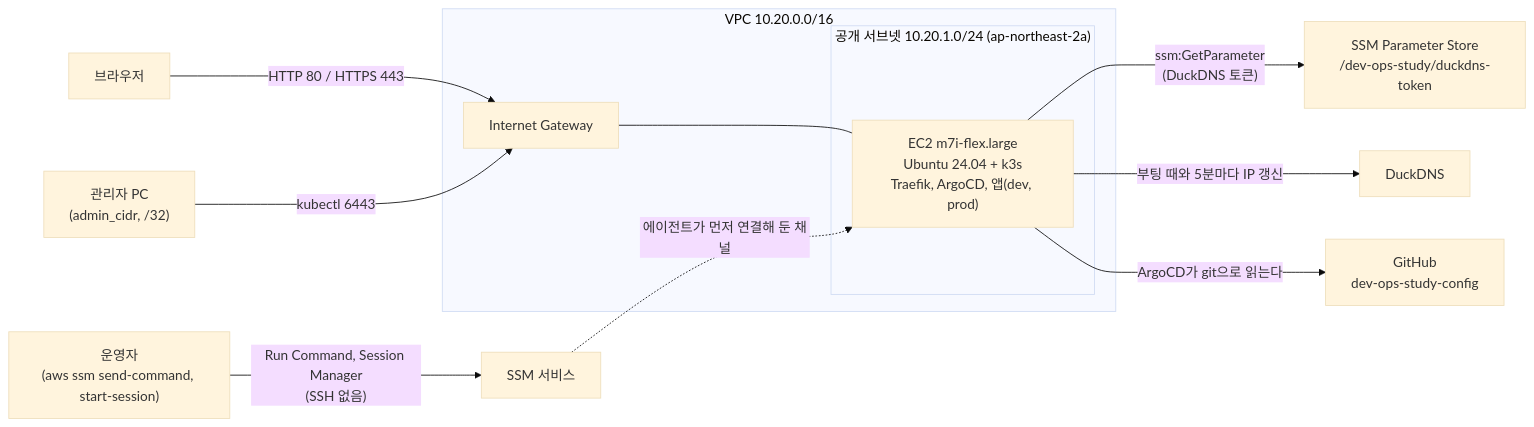
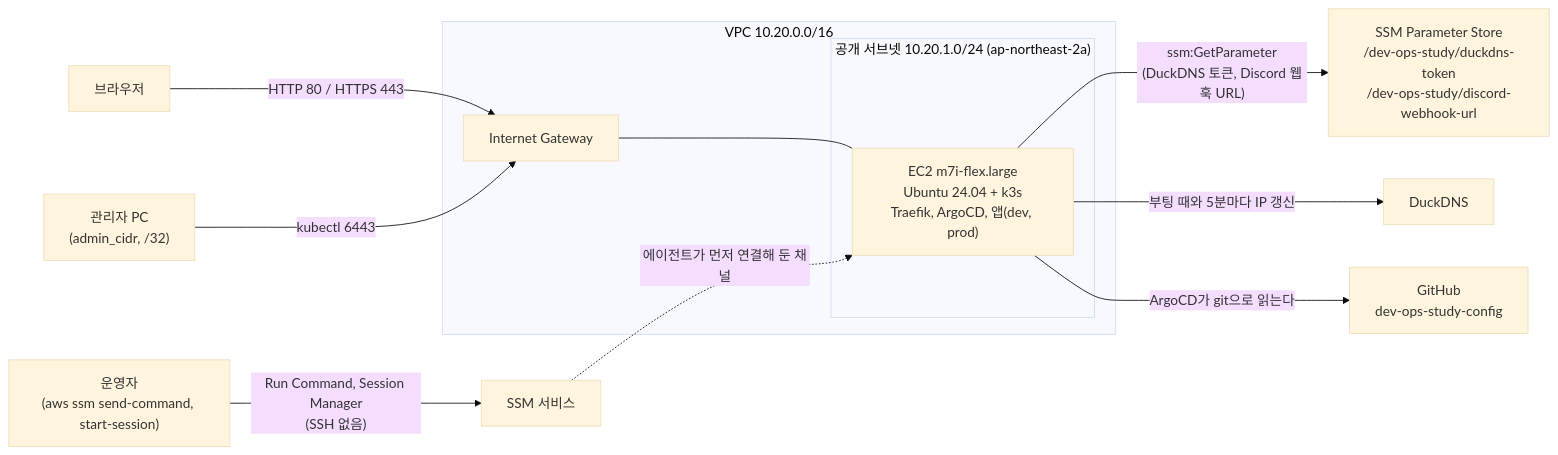
Before and after one commit to seongj-un/dev-ops-study-config: the diagram in infra/aws/README.md, drawn with Mermaid (base theme). The commit also changed other lines of this file and 7 other files, not shown here.

````diff
--- a/infra/aws/README.md
+++ b/infra/aws/README.md
@@ -11,18 +11,18 @@
 ```mermaid
 flowchart LR
     subgraph vpc["VPC 10.20.0.0/16"]
         igw["Internet Gateway"]
         subgraph subnet["공개 서브넷 10.20.1.0/24 (ap-northeast-2a)"]
             ec2["EC2 m7i-flex.large<br/>Ubuntu 24.04 + k3s<br/>Traefik, ArgoCD, 앱(dev, prod)"]
         end
         igw --- ec2
     end
 
     user["브라우저"] -->|"HTTP 80 / HTTPS 443"| igw
     admin["관리자 PC<br/>(admin_cidr, /32)"] -->|"kubectl 6443"| igw
     ops["운영자<br/>(aws ssm send-command, start-session)"] -->|"Run Command, Session Manager<br/>(SSH 없음)"| ssm["SSM 서비스"]
     ssm -.->|"에이전트가 먼저 연결해 둔 채널"| ec2
-    ec2 -->|"ssm:GetParameter<br/>(DuckDNS 토큰)"| param["SSM Parameter Store<br/>/dev-ops-study/duckdns-token"]
+    ec2 -->|"ssm:GetParameter<br/>(DuckDNS 토큰, Discord 웹훅 URL)"| param["SSM Parameter Store<br/>/dev-ops-study/duckdns-token<br/>/dev-ops-study/discord-webhook-url"]
     ec2 -->|"부팅 때와 5분마다 IP 갱신"| duck["DuckDNS"]
     ec2 -->|"ArgoCD가 git으로 읽는다"| repo["GitHub<br/>dev-ops-study-config"]
 ```
````
